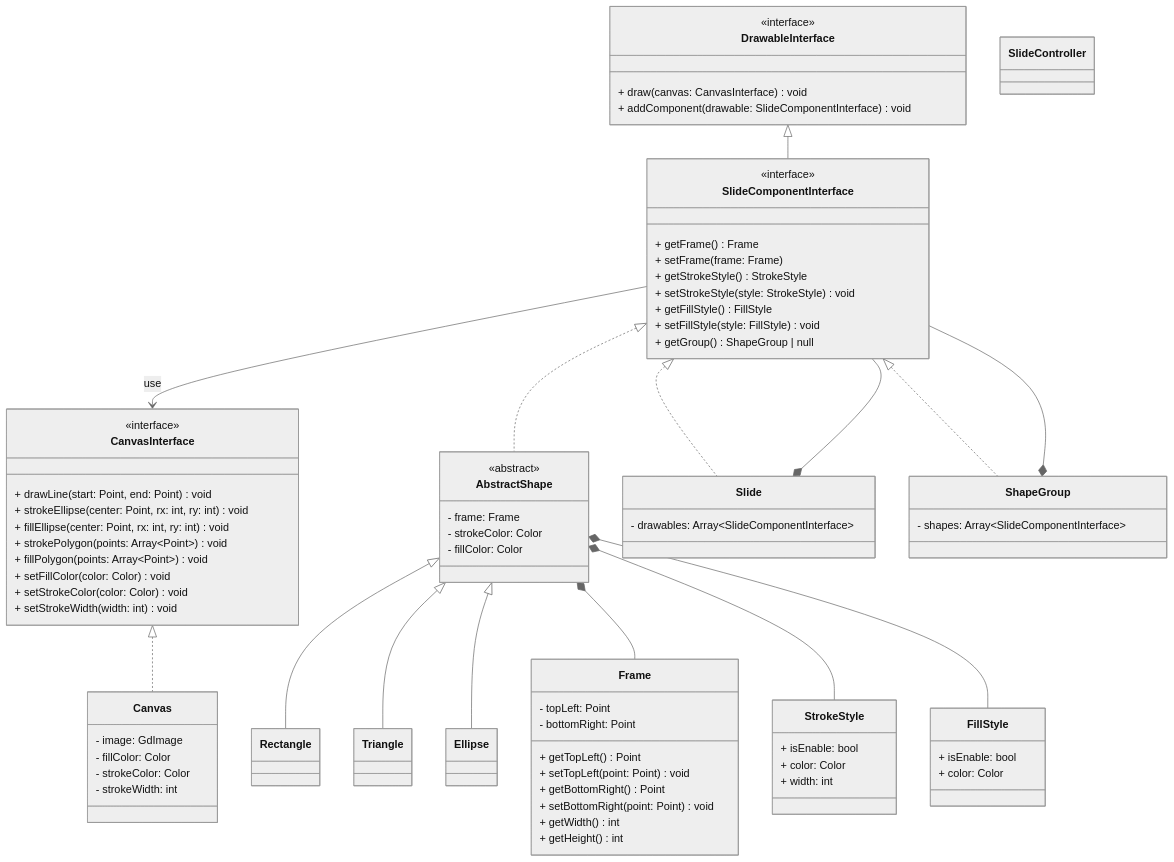
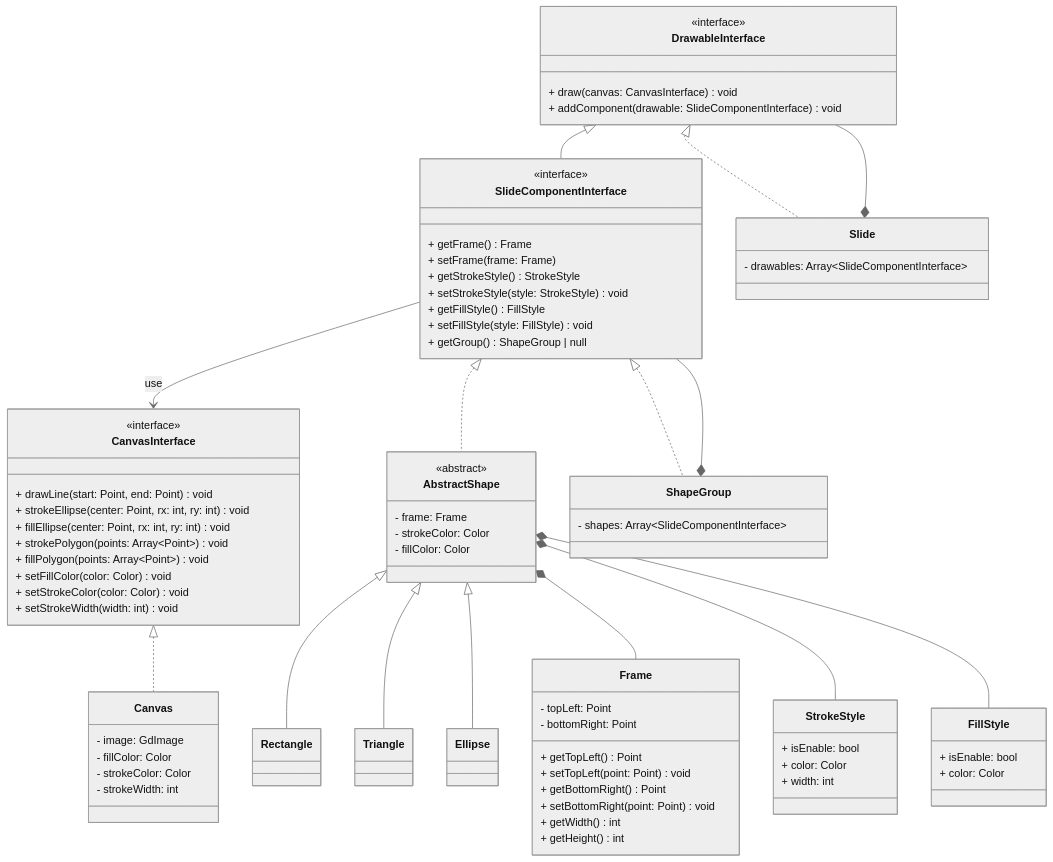
The diagram in src/Lab7/Slide/Architecture.md (HotCucumber1/OOD), drawn with Mermaid (neutral theme) before and after one commit. The commit also changed 17 other files, not shown here.

````diff
--- a/src/Lab7/Slide/Architecture.md
+++ b/src/Lab7/Slide/Architecture.md
@@ -88,10 +88,6 @@
         - shapes: Array~SlideComponentInterface~
     }
 
-    class SlideController {
-
-    }
-
     CanvasInterface <|.. Canvas
     DrawableInterface <|-- SlideComponentInterface
 
@@ -107,8 +103,8 @@
 
     SlideComponentInterface <|.. AbstractShape
     SlideComponentInterface <|.. ShapeGroup
-    SlideComponentInterface <|.. Slide
+    DrawableInterface <|.. Slide
 
     ShapeGroup *-- SlideComponentInterface
-    Slide *-- SlideComponentInterface
+    Slide *-- DrawableInterface
 ```
````
